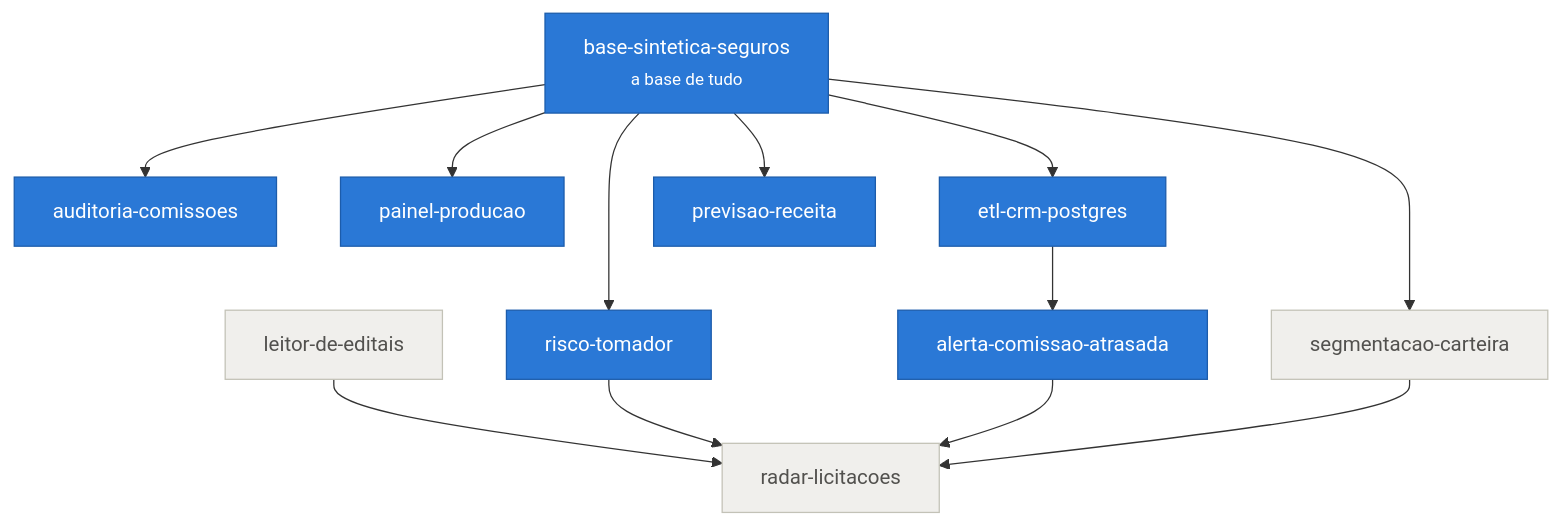
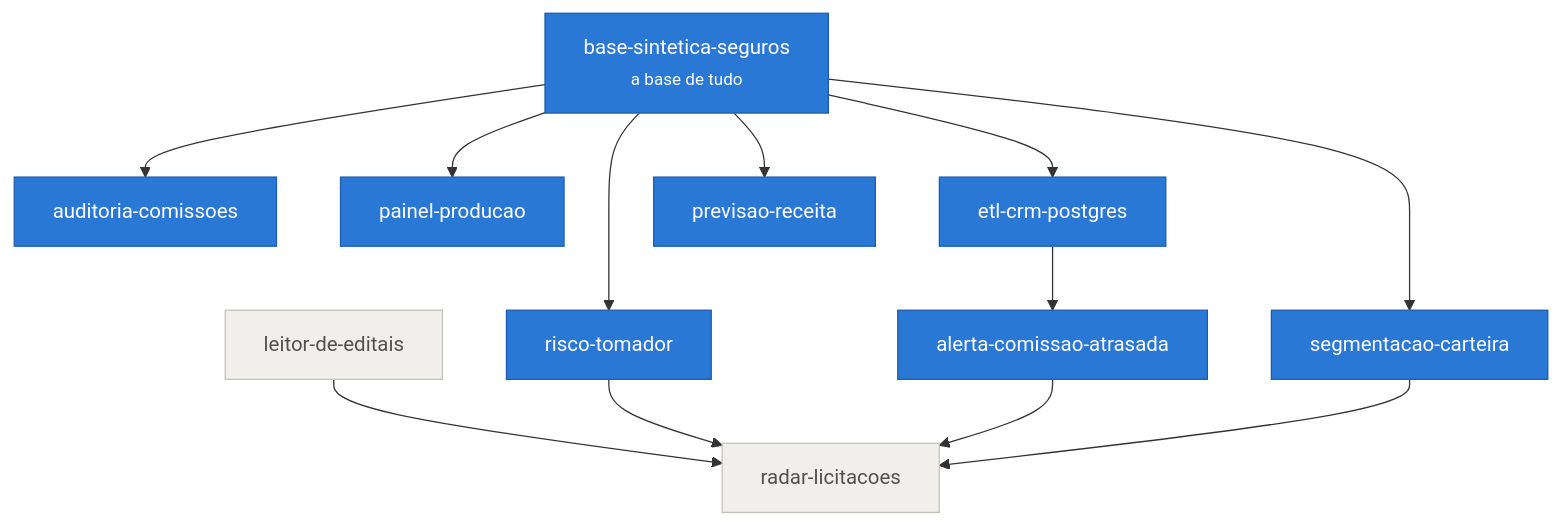
One commit to Lucasnevesads/Lucasnevesads changed the diagram in README.md. Above: the diagram before and after it, drawn with Mermaid. The commit also changed other lines of this file, not shown here.

Commit message:
Marca segmentacao-carteira como pronto: a Previsão fechou

````diff
--- a/README.md
+++ b/README.md
@@ -32,20 +32,20 @@
 ```mermaid
 flowchart TD
     A["base-sintetica-seguros<br/><small>a base de tudo</small>"]:::pronto
 
     A --> B["auditoria-comissoes"]:::pronto
     A --> C["painel-producao"]:::pronto
     A --> D["etl-crm-postgres"]:::pronto
     A --> F["risco-tomador"]:::pronto
     A --> G["previsao-receita"]:::pronto
-    A --> H["segmentacao-carteira"]:::fila
+    A --> H["segmentacao-carteira"]:::pronto
 
     D --> E["alerta-comissao-atrasada"]:::pronto
     I["leitor-de-editais"]:::fila --> J["radar-licitacoes"]:::fila
     F --> J
     E --> J
     H --> J
 
     classDef pronto fill:#2a78d6,stroke:#1c5cab,color:#fff,stroke-width:1px
     classDef fila fill:#f0efec,stroke:#c3c2b7,color:#52514e,stroke-width:1px
 ```
````
